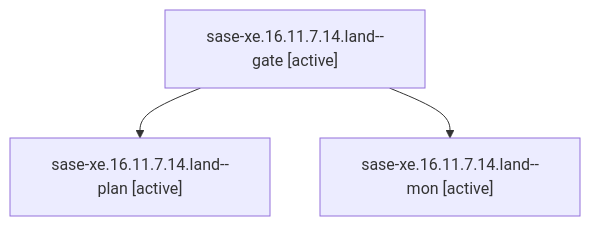
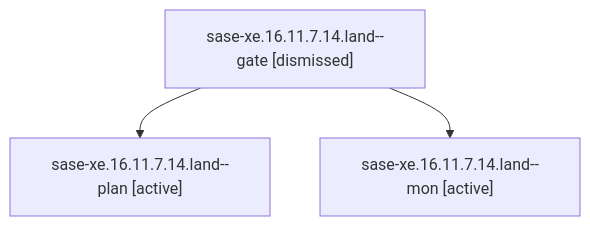
Before and after one commit to sase-org/sase--agents: the diagram in sessions/bbugyi200.athena.sase-xe.16.11.7.14.land.md, drawn with Mermaid. The commit also changed other lines of this file and 397 other files, not shown here.

````diff
--- a/sessions/bbugyi200.athena.sase-xe.16.11.7.14.land.md
+++ b/sessions/bbugyi200.athena.sase-xe.16.11.7.14.land.md
@@ -9,8 +9,8 @@
 ```mermaid
 flowchart TD
-  n0["sase-xe.16.11.7.14.land--gate [active]"]
+  n0["sase-xe.16.11.7.14.land--gate [dismissed]"]
   n1["sase-xe.16.11.7.14.land--plan [active]"]
   n0 --> n1
   n2["sase-xe.16.11.7.14.land--mon [active]"]
   n0 --> n2
 ```
````
